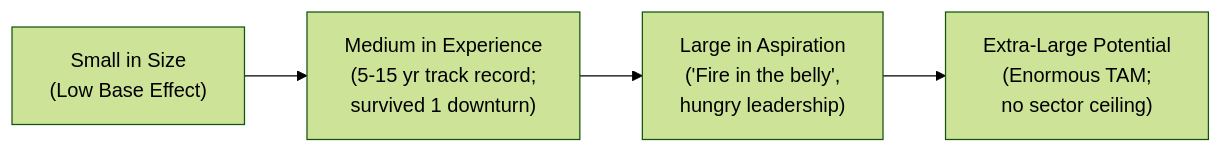
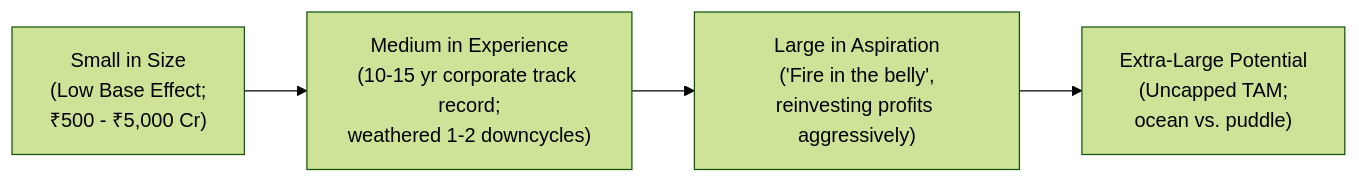
One commit to honba-labs/meta changed the third of 11 diagrams in quantopian/basics/multibagger.md. Above: the diagram before and after it, drawn with Mermaid (forest theme). The commit also changed other lines of this file and 1 other file, not shown here.

````diff
--- a/quantopian/basics/multibagger.md
+++ b/quantopian/basics/multibagger.md
@@ -68,6 +85,6 @@
 ```mermaid
 flowchart LR
-    S["Small in Size<br/>(Low Base Effect)"] --> M["Medium in Experience<br/>(5-15 yr track record;<br/>survived 1 downturn)"]
-    M --> I["Large in Aspiration<br/>('Fire in the belly',<br/>hungry leadership)"]
-    I --> L["Extra-Large Potential<br/>(Enormous TAM;<br/>no sector ceiling)"]
+    S["Small in Size<br/>(Low Base Effect;<br/>₹500 - ₹5,000 Cr)"] --> M["Medium in Experience<br/>(10-15 yr corporate track record;<br/>weathered 1-2 downcycles)"]
+    M --> I["Large in Aspiration<br/>('Fire in the belly',<br/>reinvesting profits aggressively)"]
+    I --> L["Extra-Large Potential<br/>(Uncapped TAM;<br/>ocean vs. puddle)"]
 ```
````
